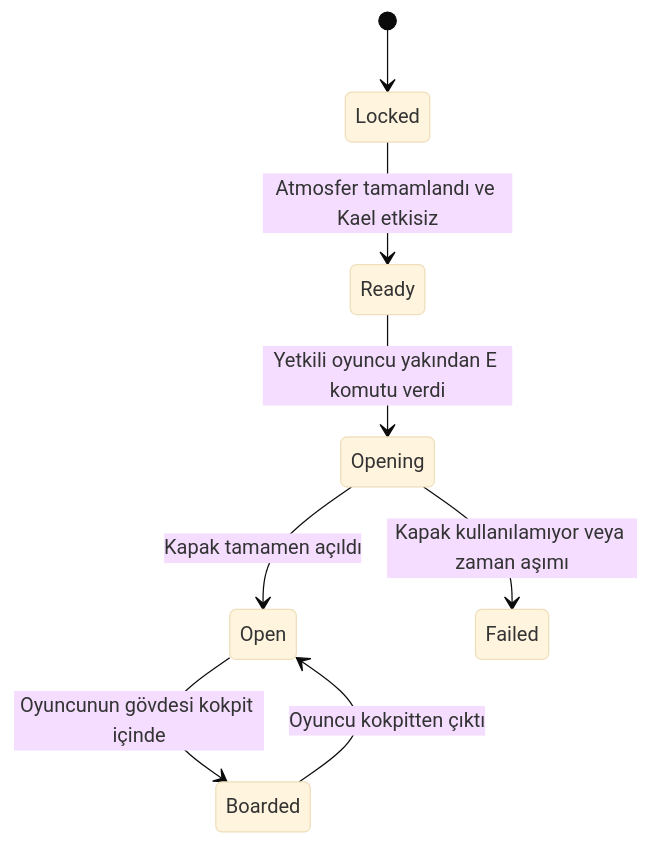
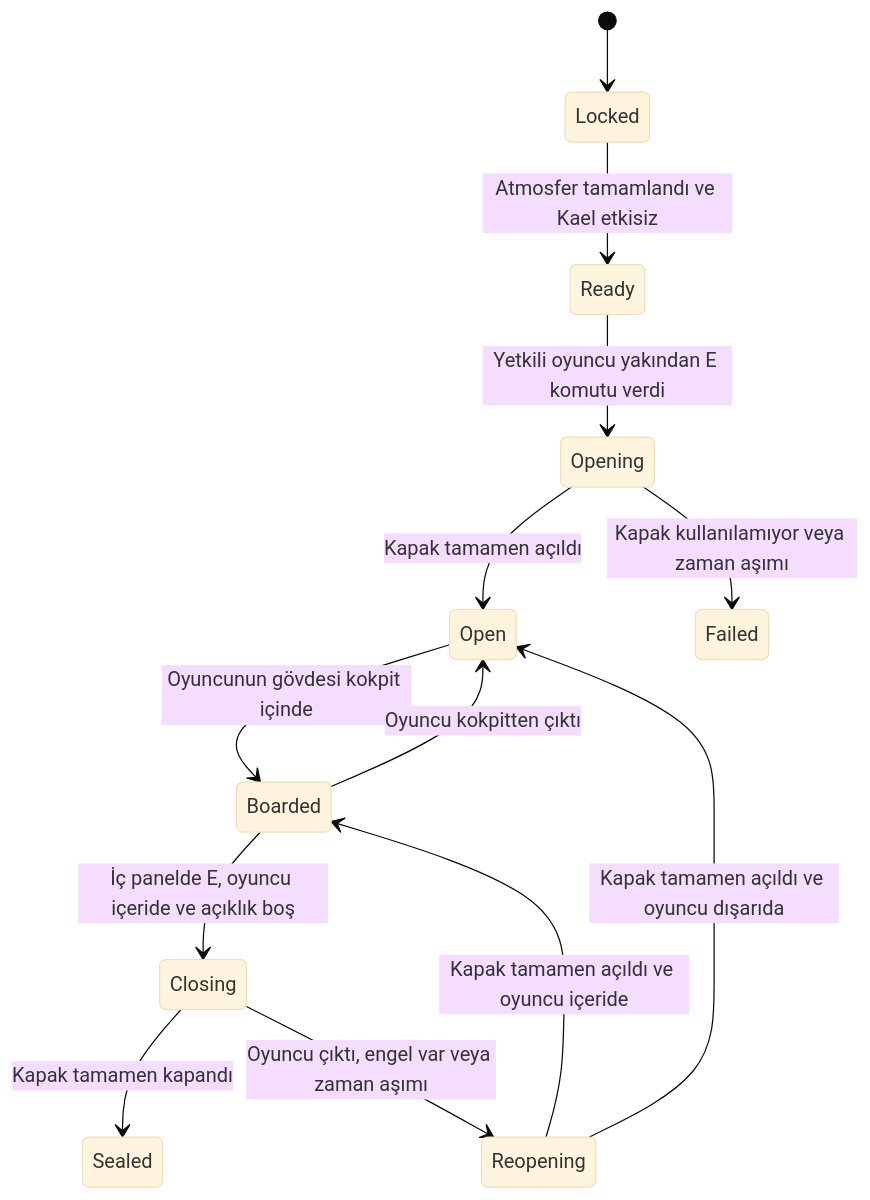
Before and after one commit to eminenurkazan/uzay-gemisinden-kacis-oyunu: the third of 5 diagrams in README.md, drawn with Mermaid (base theme). The commit also changed other lines of this file and 20 other files, not shown here.

````diff
--- a/README.md
+++ b/README.md
@@ -453,10 +457,15 @@
 ```mermaid
 stateDiagram-v2
     [*] --> Locked
     Locked --> Ready: Atmosfer tamamlandı ve Kael etkisiz
     Ready --> Opening: Yetkili oyuncu yakından E komutu verdi
     Opening --> Open: Kapak tamamen açıldı
     Opening --> Failed: Kapak kullanılamıyor veya zaman aşımı
     Open --> Boarded: Oyuncunun gövdesi kokpit içinde
     Boarded --> Open: Oyuncu kokpitten çıktı
+    Boarded --> Closing: İç panelde E, oyuncu içeride ve açıklık boş
+    Closing --> Sealed: Kapak tamamen kapandı
+    Closing --> Reopening: Oyuncu çıktı, engel var veya zaman aşımı
+    Reopening --> Boarded: Kapak tamamen açıldı ve oyuncu içeride
+    Reopening --> Open: Kapak tamamen açıldı ve oyuncu dışarıda
 ```
````
